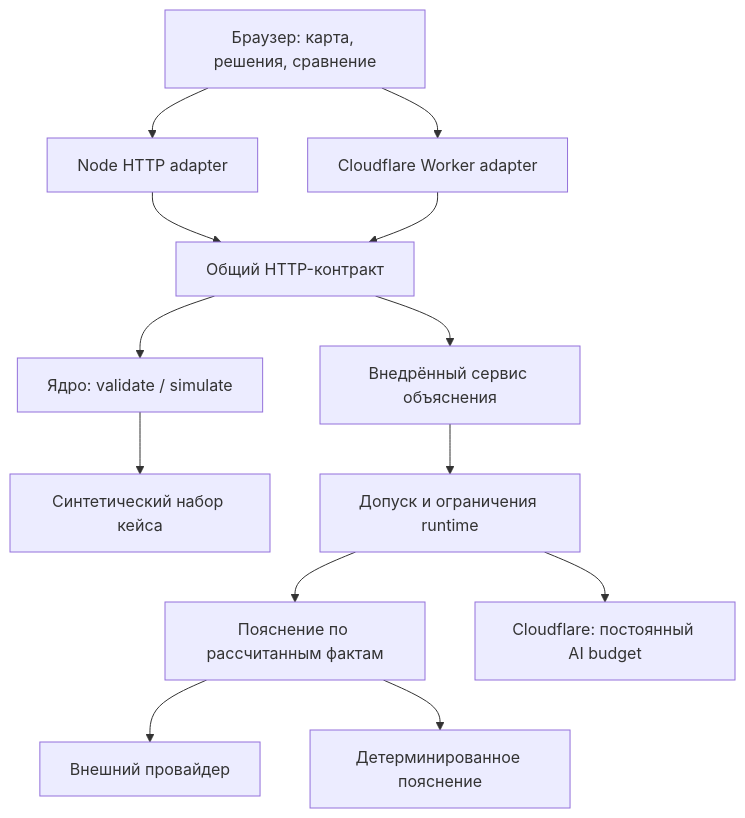
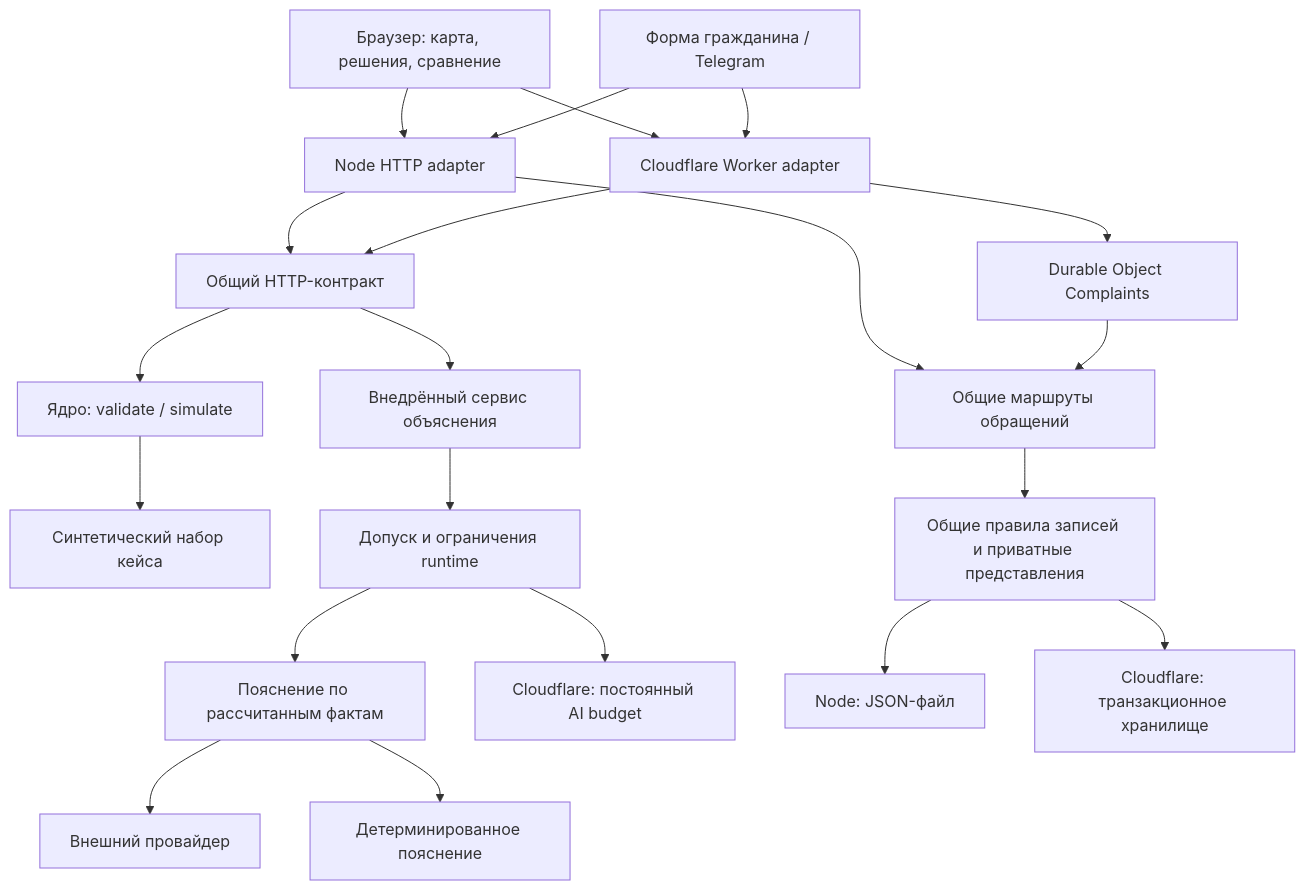
One commit to BAITC-Hacks/hack-0c0b9665-ascension changed the diagram in docs/architecture.md. Above: the diagram before and after it, drawn with Mermaid. The commit also changed other lines of this file and 10 other files, not shown here.

````diff
--- a/docs/architecture.md
+++ b/docs/architecture.md
@@ -5,15 +5,23 @@
 ```mermaid
 flowchart TD
   UI[Браузер: карта, решения, сравнение] --> Node[Node HTTP adapter]
   UI --> Worker[Cloudflare Worker adapter]
   Node --> API[Общий HTTP-контракт]
   Worker --> API
   API --> Core[Ядро: validate / simulate]
   Core --> Data[Синтетический набор кейса]
   API --> Explain[Внедрённый сервис объяснения]
   Explain --> Guard[Допуск и ограничения runtime]
   Guard --> AI[Пояснение по рассчитанным фактам]
   AI --> Provider[Внешний провайдер]
   AI --> Fallback[Детерминированное пояснение]
   Guard --> Budget[Cloudflare: постоянный AI budget]
+  Citizen[Форма гражданина / Telegram] --> Node
+  Citizen --> Worker
+  Node --> ComplaintRoutes[Общие маршруты обращений]
+  Worker --> ComplaintsDO[Durable Object Complaints]
+  ComplaintsDO --> ComplaintRoutes
+  ComplaintRoutes --> ComplaintCore[Общие правила записей и приватные представления]
+  ComplaintCore --> File[Node: JSON-файл]
+  ComplaintCore --> Durable[Cloudflare: транзакционное хранилище]
 ```
````
